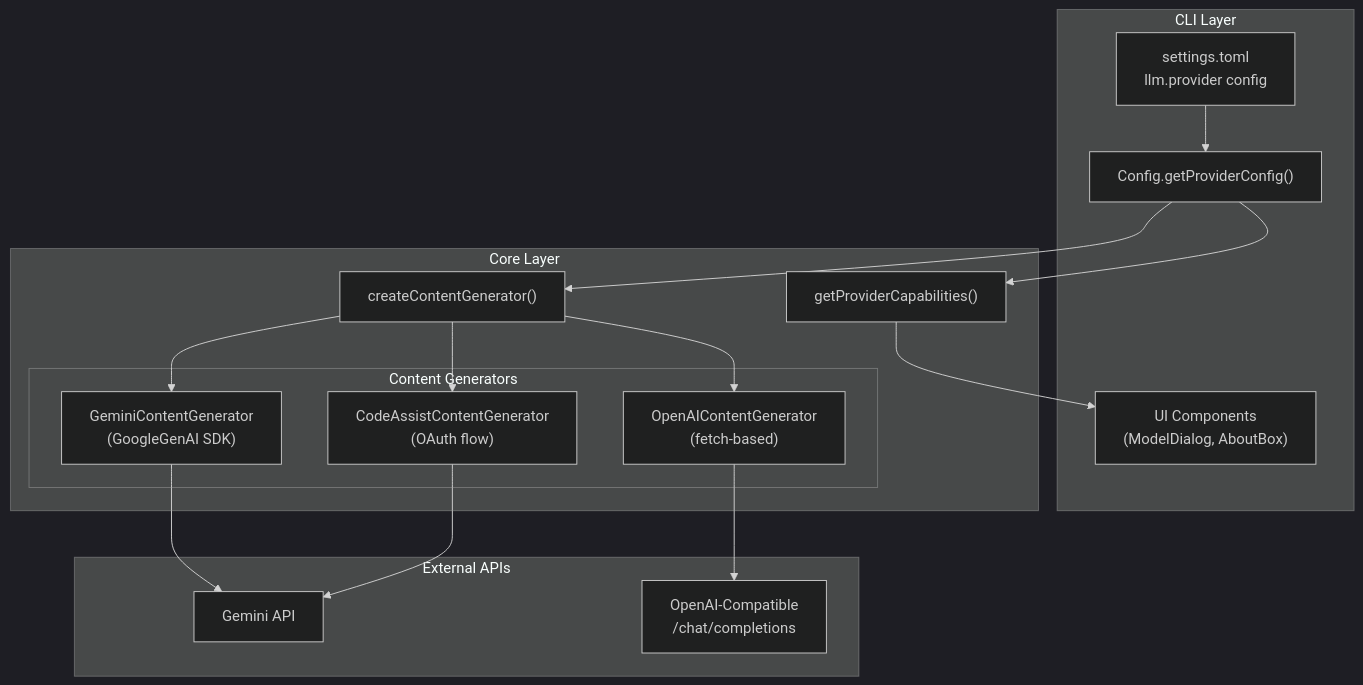
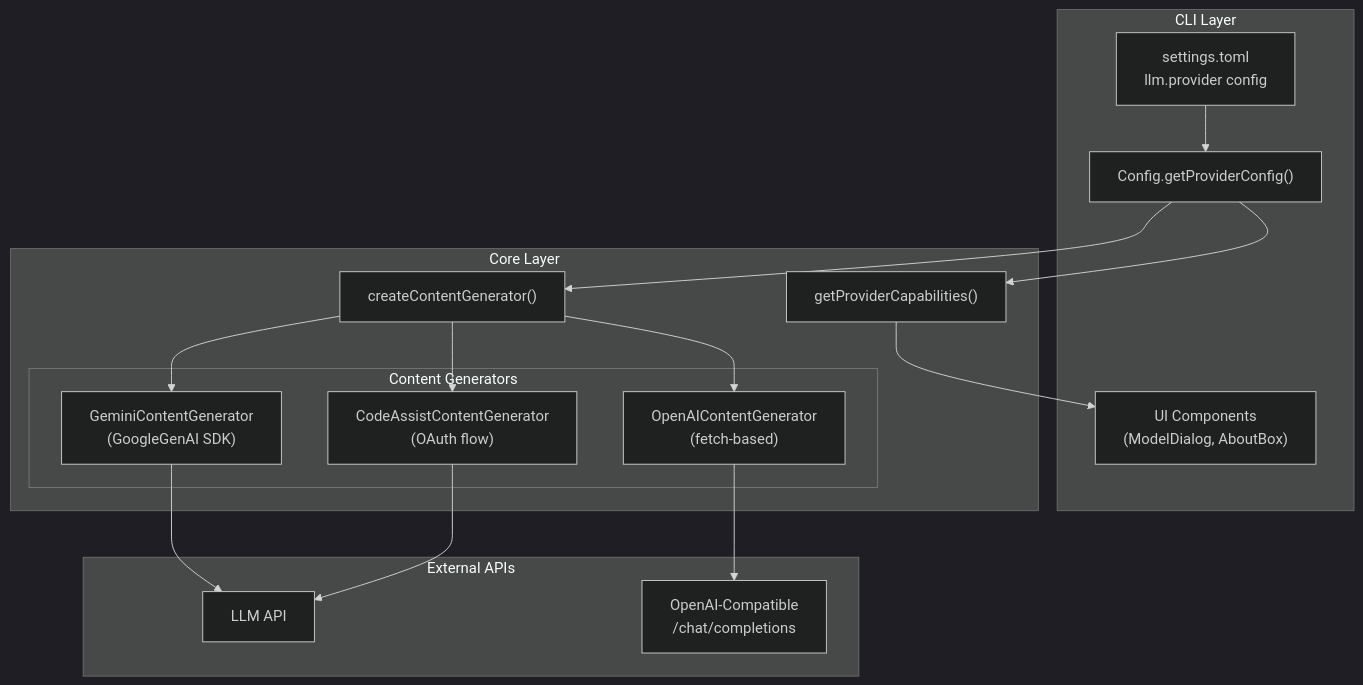
Before and after one commit to Prof-Harita/terminai-website: the first of 3 diagrams in src/content/docs/docs/features/multi-llm.mdx, drawn with Mermaid (dark theme). The commit also changed other lines of this file and 102 other files, not shown here.

First line of the commit message:
chore: comprehensive website refinement, SEO optimization, and roadmap update

````diff
--- a/src/content/docs/docs/features/multi-llm.mdx
+++ b/src/content/docs/docs/features/multi-llm.mdx
@@ -20,35 +20,35 @@
 ```mermaid
 flowchart TB
     subgraph CLI["CLI Layer"]
         Settings["settings.toml<br/>llm.provider config"]
         Config["Config.getProviderConfig()"]
         UI["UI Components<br/>(ModelDialog, AboutBox)"]
     end
 
     subgraph Core["Core Layer"]
         Factory["createContentGenerator()"]
         Capabilities["getProviderCapabilities()"]
 
         subgraph Generators["Content Generators"]
             Gemini["GeminiContentGenerator<br/>(GoogleGenAI SDK)"]
             OpenAI["OpenAIContentGenerator<br/>(fetch-based)"]
             CodeAssist["CodeAssistContentGenerator<br/>(OAuth flow)"]
         end
     end
 
     subgraph External["External APIs"]
-        GeminiAPI["Gemini API"]
+        GeminiAPI["LLM API"]
         OpenAIAPI["OpenAI-Compatible<br/>/chat/completions"]
     end
 
     Settings --> Config
     Config --> Factory
     Config --> Capabilities
     Capabilities --> UI
     Factory --> Gemini
     Factory --> OpenAI
     Factory --> CodeAssist
     Gemini --> GeminiAPI
     OpenAI --> OpenAIAPI
     CodeAssist --> GeminiAPI
 ```
````
